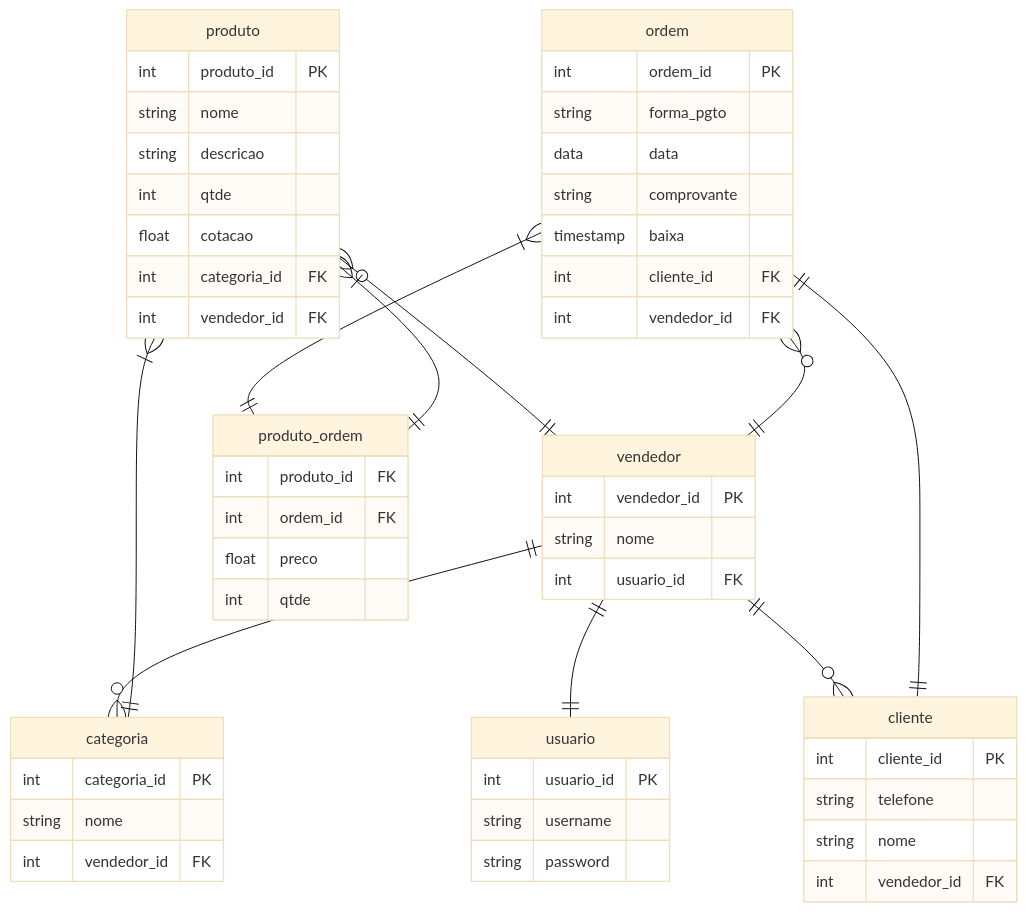
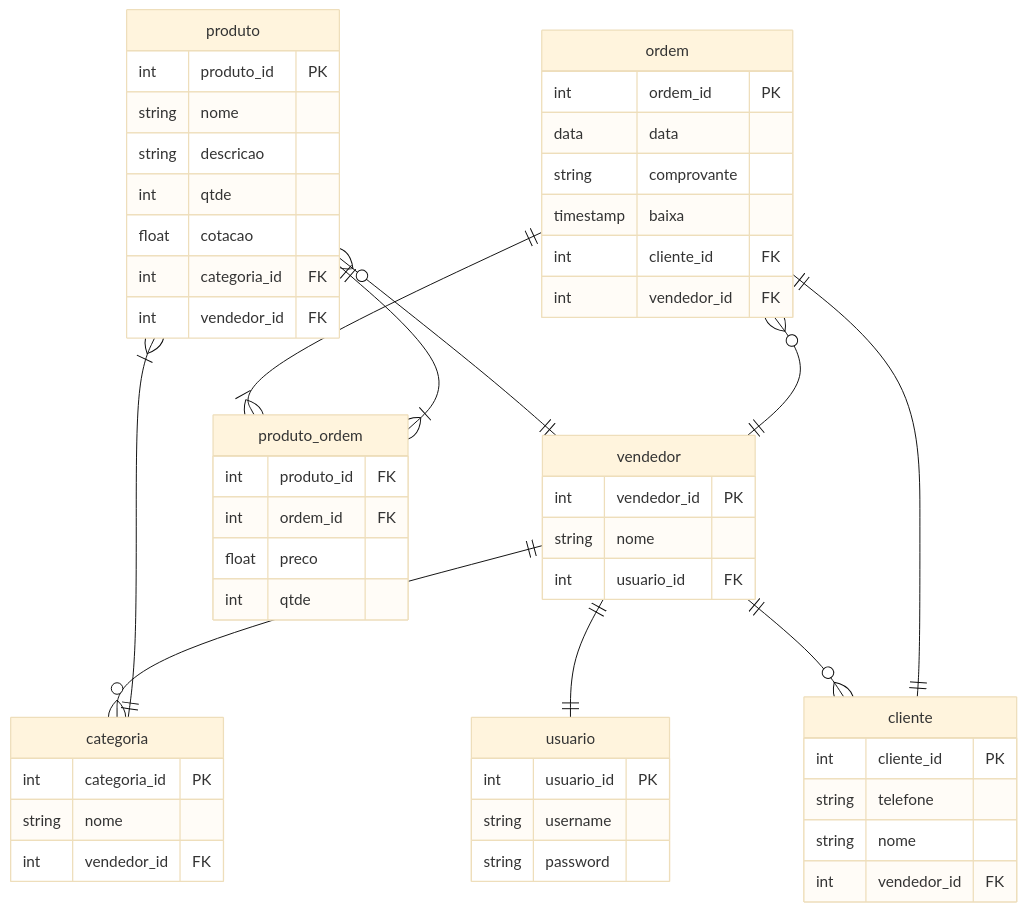
The diagram in MR.md (raphaelramosds/eimports), drawn with Mermaid (base theme) before and after one commit. The commit also changed other lines of this file and 1 other file, not shown here.

Commit message:
docs: adding draw.io diagrams

````diff
--- a/MR.md
+++ b/MR.md
@@ -7,69 +7,68 @@
 ```mermaid
 
 erDiagram
     usuario {
         int usuario_id PK
         string username
         string password
     }
 
     vendedor {
         int vendedor_id PK
         string nome
         int usuario_id FK
     }
 
     vendedor ||--|| usuario : ""
 
     categoria {
         int categoria_id PK
         string nome
         int vendedor_id FK
     }
 
     vendedor ||--o{ categoria : ""
     vendedor ||--o{ cliente : ""
 
     produto {
         int produto_id PK
         string nome
         string descricao
         int qtde
         float cotacao
 
         int categoria_id FK
         int vendedor_id FK
     }
 
     produto }|--|| categoria : ""
     produto }o--|| vendedor : ""
 
     cliente {
         int cliente_id PK
         string telefone
         string nome
         int vendedor_id FK
     }
 
     ordem {
         int ordem_id PK
-        string forma_pgto
         data data
         string comprovante
         timestamp baixa
         int cliente_id FK
         int vendedor_id FK
     }
 
     ordem ||--|| cliente : ""
     ordem }o--|| vendedor : ""
-    ordem  }|--|| produto_ordem : ""
-    produto }|--|| produto_ordem : ""
+    ordem  ||--}| produto_ordem : ""
+    produto ||--}| produto_ordem : ""
 
     produto_ordem {
         int produto_id FK
         int ordem_id FK
         float preco
         int qtde
     }
 ```
````
